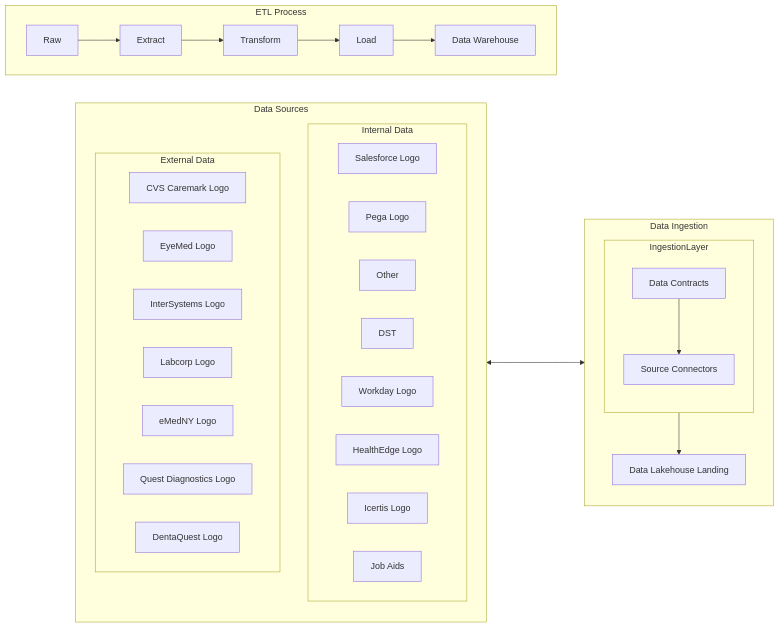
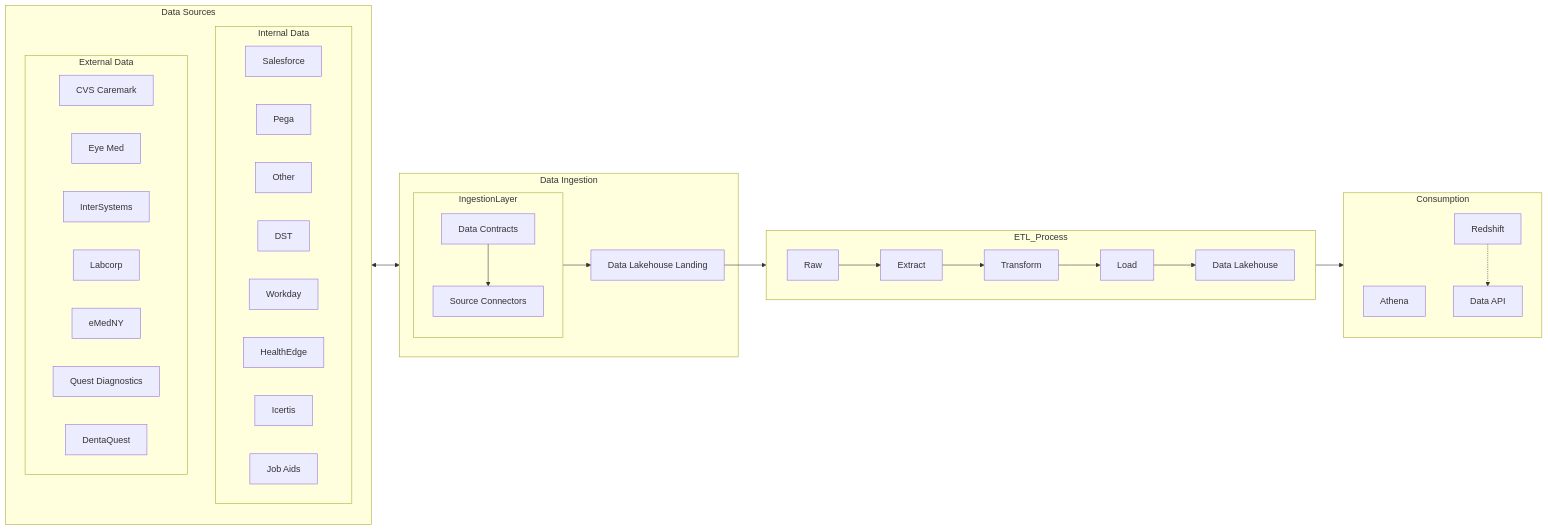
The diagram in Ideal Process.mmd (humanrightsconnected/metamodel), drawn with Mermaid before and after one commit. The commit also changed 2 other files, not shown here.

```diff
--- a/Ideal Process.mmd
+++ b/Ideal Process.mmd
@@ -1,59 +1,55 @@
 flowchart LR
-  subgraph Internal["Internal Data"]
-    Salesforce["Salesforce Logo"]
-    Pega["Pega Logo"]
-    ot["Other"]
-    DST["DST"]
-    Workday["Workday Logo"]
-    HealthEdge["HealthEdge Logo"]
-    Icertis["Icertis Logo"]
-    JobAids["Job Aids"]
+ subgraph Internal["Internal Data"]
+        Salesforce["Salesforce"]
+        Pega["Pega"]
+        ot["Other"]
+        DST["DST"]
+        Workday["Workday"]
+        HealthEdge["HealthEdge"]
+        Icertis["Icertis"]
+        JobAids["Job Aids"]
   end
-
-  subgraph External["External Data"]
-    CVS["CVS Caremark Logo"]
-    EyeMed["EyeMed Logo"]
-    InterSystems["InterSystems Logo"]
-    Labcorp["Labcorp Logo"]
-    eMedNY["eMedNY Logo"]
-    Quest["Quest Diagnostics Logo"]
-    DentaQuest["DentaQuest Logo"]
+ subgraph External["External Data"]
+        CVS["CVS Caremark"]
+        EyeMed["Eye Med"]
+        InterSystems["InterSystems"]
+        Labcorp["Labcorp"]
+        eMedNY["eMedNY"]
+        Quest["Quest Diagnostics"]
+        DentaQuest["DentaQuest"]
   end
-
-  subgraph Sources["Data Sources"]
+ subgraph Sources["Data Sources"]
     direction TB
-    Internal
-    External
+        Internal
+        External
   end
-
-  subgraph Ingestion["Data Ingestion"]
-    subgraph IngestionLayer
-      direction TB
-      DataContracts[Data Contracts] --> SourceConnectors[Source Connectors]
-    end
-    DataLakeHouse[Data Lakehouse Landing]
+ subgraph IngestionLayer["IngestionLayer"]
+    direction TB
+        SourceConnectors["Source Connectors"]
+        DataContracts["Data Contracts"]
+  end
+ subgraph Ingestion["Data Ingestion"]
+        IngestionLayer
+        DataLakeHouse["Data Lakehouse Landing"]
+  end
+ subgraph ETL_Process["ETL_Process"]
+    direction LR
+        Extract["Extract"]
+        Raw["Raw"]
+        Transform["Transform"]
+        Load["Load"]
+        DataLakehouse["Data Lakehouse"]
+  end
+  subgraph Consumption
+    Athena
+    Redshift -.-> API[Data API]
+  end
+    DataContracts --> SourceConnectors
     IngestionLayer --> DataLakeHouse
-  end
-
-  Sources <--> Ingestion
-
-  subgraph ETL_Process["ETL Process"]
-    direction LR
+    Sources <--> Ingestion
     Raw --> Extract
     Extract --> Transform
     Transform --> Load
-    Load --> DataWarehouse[Data Warehouse]
-  end
-
-  Salesforce:::image
-  Pega:::image
-  Workday:::image
-  HealthEdge:::image
-  Icertis:::image
-  CVS:::image
-  EyeMed:::image
-  InterSystems:::image
-  Labcorp:::image
-  eMedNY:::image
-  Quest:::image
-  DentaQuest:::image
+    Load --> DataLakehouse
+    DataLakeHouse --> Raw
+    DataLakehouse --> Consumption
```
